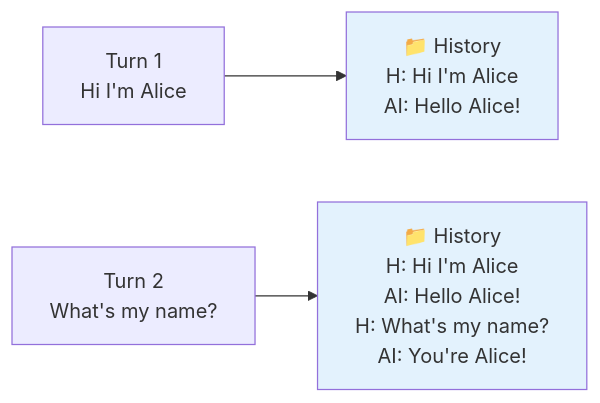
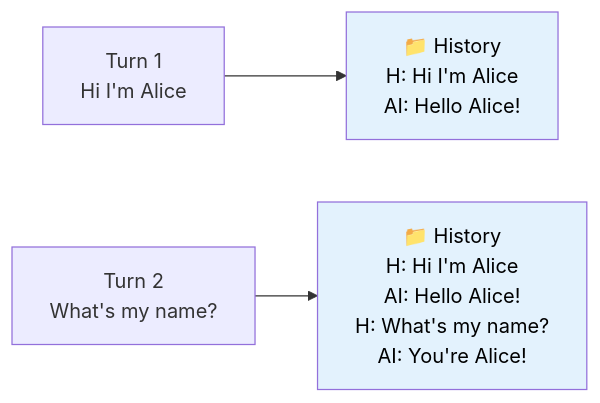
Before and after one commit to remolaan/Agentic-AI-Cookbook: the third of 6 diagrams in 06_memory/README.md, drawn with Mermaid. The commit also changed other lines of this file and 45 other files, not shown here.

Commit message:
Fix Mermaid diagram text colors for readability across all READMEs

````diff
--- a/06_memory/README.md
+++ b/06_memory/README.md
@@ -119,8 +119,8 @@
 ```mermaid
 flowchart LR
     T1["Turn 1<br/>Hi I'm Alice"] --> H1["📁 History<br/>H: Hi I'm Alice<br/>AI: Hello Alice!"]
     T2["Turn 2<br/>What's my name?"] --> H2["📁 History<br/>H: Hi I'm Alice<br/>AI: Hello Alice!<br/>H: What's my name?<br/>AI: You're Alice!"]
     
-    style H1 fill:#e3f2fd
-    style H2 fill:#e3f2fd
+    style H1 fill:#e3f2fd,color:#000000
+    style H2 fill:#e3f2fd,color:#000000
 ```
````
